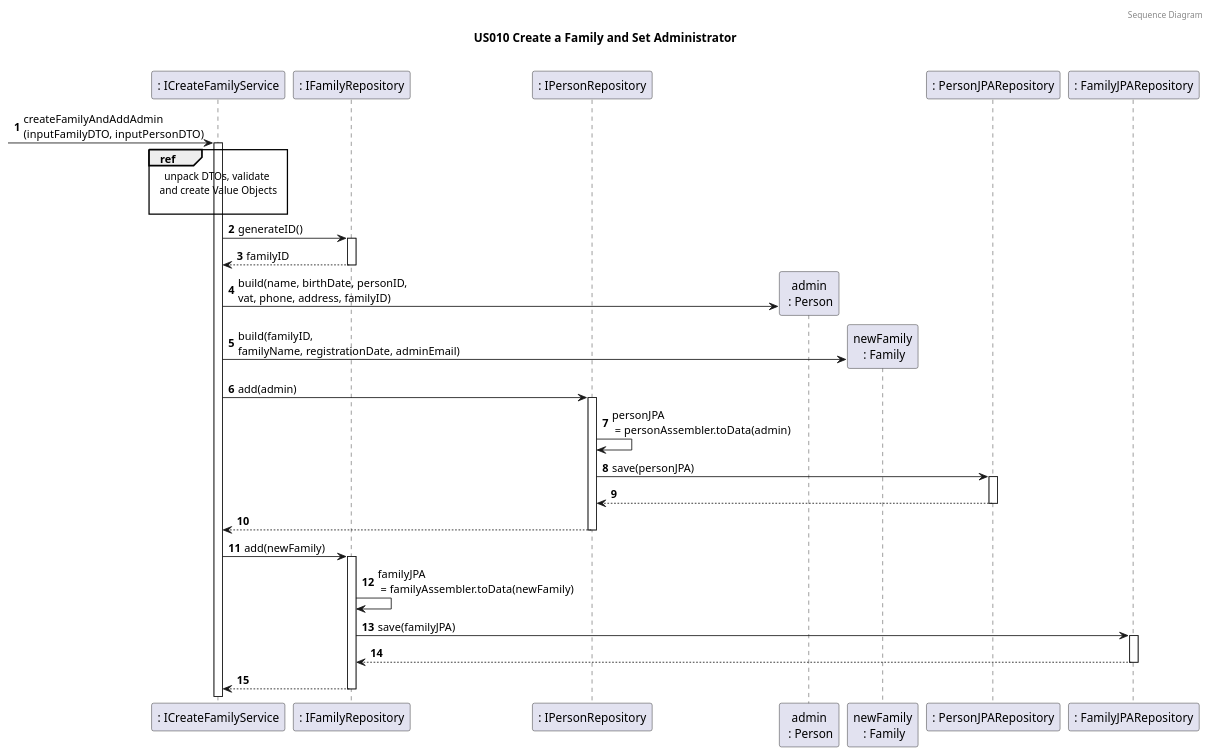
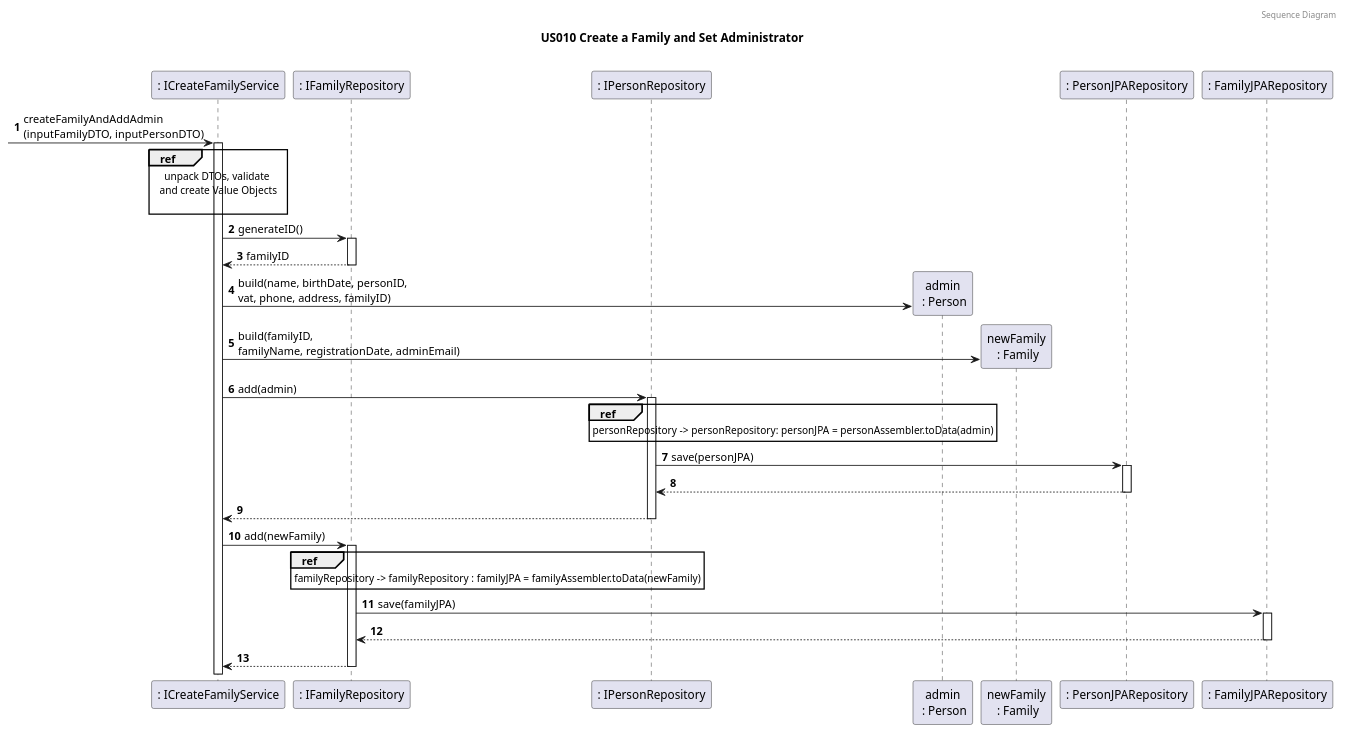
The third of 5 diagrams in docs/sprint4/user_stories/US010_CreateAFamilyAndSetAdministrator.md (tomas-osswald/switch_2020_g3), drawn with PlantUML before and after one commit. The commit also changed 1 other file, not shown here.

Commit message:
update to sd

`````diff
--- a/docs/sprint4/user_stories/US010_CreateAFamilyAndSetAdministrator.md
+++ b/docs/sprint4/user_stories/US010_CreateAFamilyAndSetAdministrator.md
@@ -119,54 +119,62 @@
 ````puml
 @startuml
 
 autonumber
 header Sequence Diagram
 title US010 Create a Family and Set Administrator
 
 
 participant ": ICreateFamilyService" as FamAdminService
 participant ": IFamilyRepository" as familyRepository
 participant ": IPersonRepository" as personRepository
 participant "admin\n : Person" as admin
 participant "newFamily\n : Family" as newFamily
 participant ": PersonJPARepository" as personJAPRepository
 participant ": FamilyJPARepository" as familyJPARepository
 
 note left: especificar nome da instância no participant?
 
  -> FamAdminService : createFamilyAndAddAdmin\n(inputFamilyDTO, inputPersonDTO)
 activate FamAdminService
 
 ref over FamAdminService
 unpack DTOs, validate 
 and create Value Objects
 
 end ref
 
 FamAdminService -> familyRepository : generateID()
 activate familyRepository
 return familyID
 FamAdminService -> admin** : build(name, birthDate, personID, \nvat, phone, address, familyID)
 
 FamAdminService -> newFamily**: build(familyID, \nfamilyName, registrationDate, adminEmail)
 
 FamAdminService -> personRepository: add(admin)
 activate personRepository
-personRepository -> personRepository: personJPA\n = personAssembler.toData(admin)
+
+ref over personRepository
+personRepository -> personRepository: personJPA = personAssembler.toData(admin)
+end ref
+
 personRepository -> personJAPRepository: save(personJPA)
 activate personJAPRepository
 return
 return
 
 FamAdminService -> familyRepository: add(newFamily)
 activate familyRepository
-familyRepository -> familyRepository : familyJPA\n = familyAssembler.toData(newFamily)
+
+ref over familyRepository
+familyRepository -> familyRepository : familyJPA = familyAssembler.toData(newFamily)
+end ref
+
 familyRepository -> familyJPARepository : save(familyJPA)
 activate familyJPARepository
 return
 
 return
  
 
 @enduml
 ````
`````
